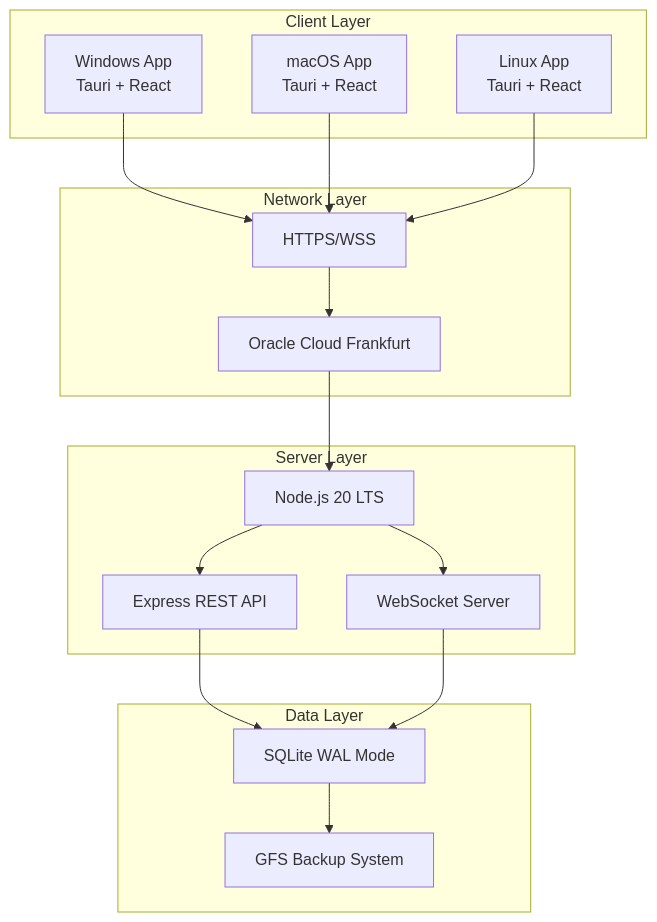
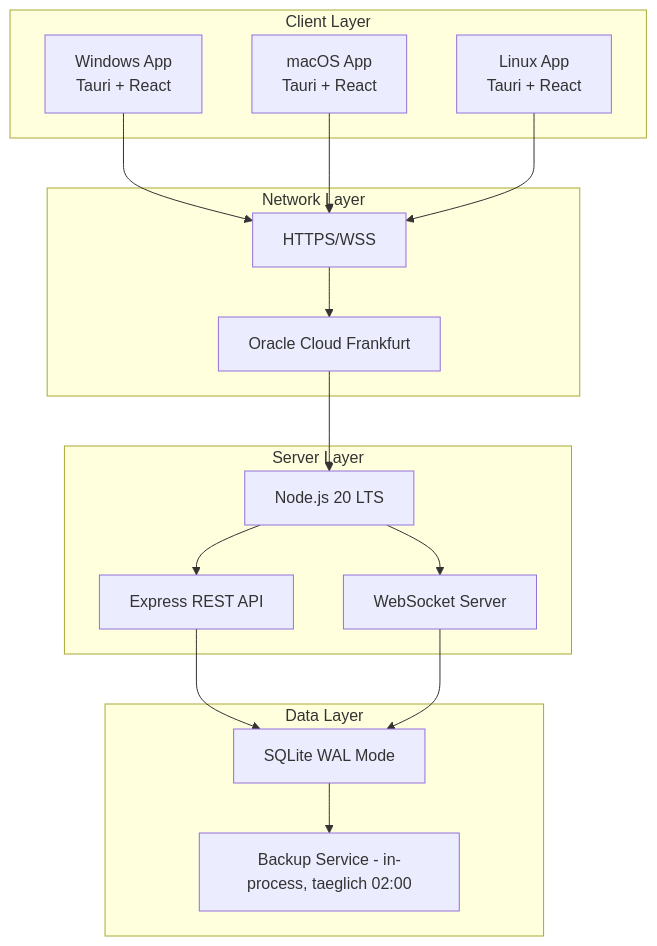
Before and after one commit to Maxwellbadger-1/TimeTracking-Clean: the second of 12 diagrams in ARCHITECTURE.md, drawn with Mermaid. The commit also changed other lines of this file and 6 other files, not shown here.

````diff
--- a/ARCHITECTURE.md
+++ b/ARCHITECTURE.md
@@ -150,35 +150,35 @@
 ```mermaid
 graph TB
     subgraph "Client Layer"
         A[Windows App<br/>Tauri + React]
         B[macOS App<br/>Tauri + React]
         C[Linux App<br/>Tauri + React]
     end
 
     subgraph "Network Layer"
         D[HTTPS/WSS]
         E[Oracle Cloud Frankfurt]
     end
 
     subgraph "Server Layer"
         F[Node.js 20 LTS]
         G[Express REST API]
         H[WebSocket Server]
     end
 
     subgraph "Data Layer"
         I[SQLite WAL Mode]
-        J[GFS Backup System]
+        J[Backup Service - in-process, taeglich 02:00]
     end
 
     A --> D
     B --> D
     C --> D
     D --> E
     E --> F
     F --> G
     F --> H
     G --> I
     H --> I
     I --> J
 ```
````
